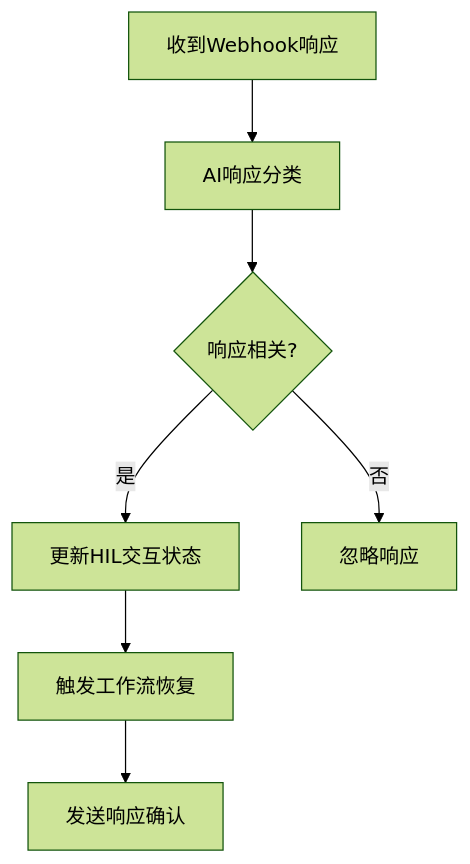
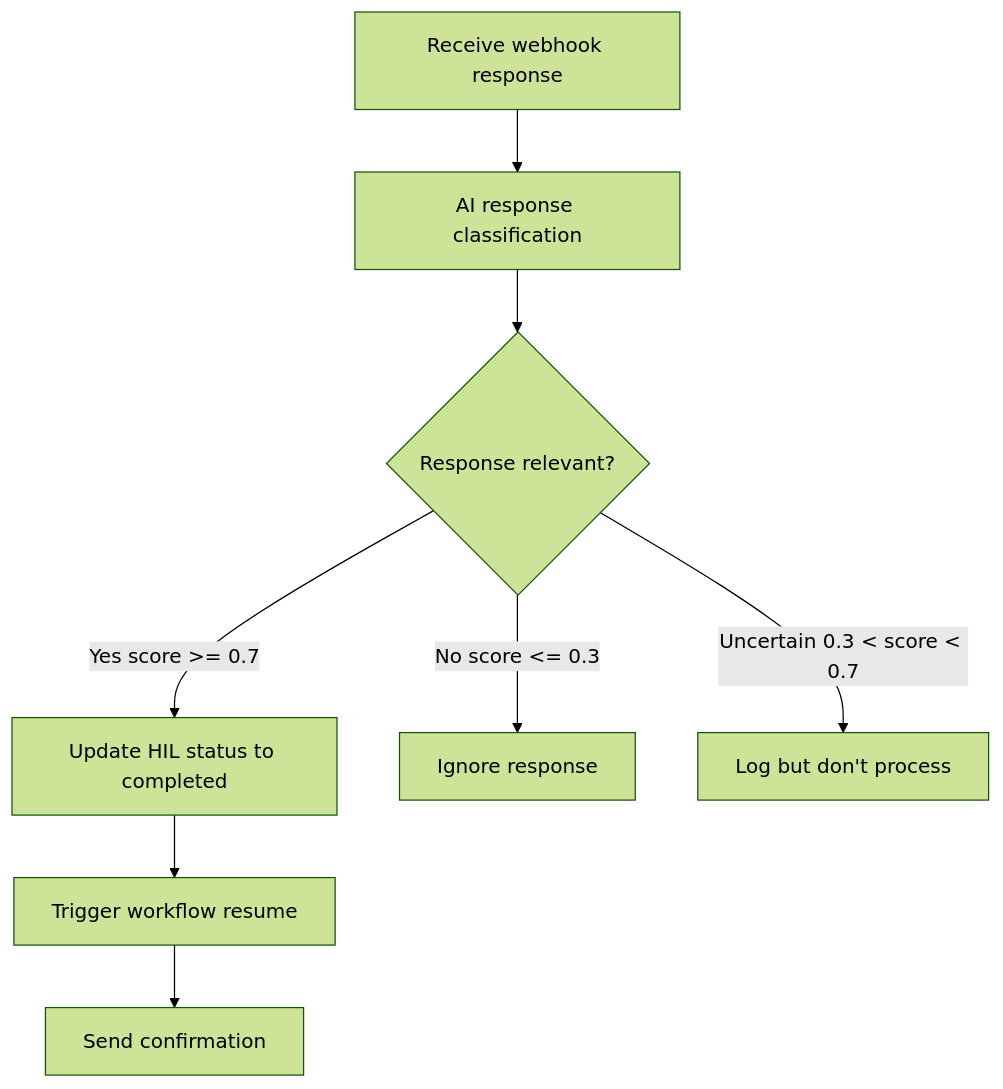
One commit to CurvatureX/agent_team_monorepo changed the third of 5 diagrams in docs/tech-design/new_workflow_spec.md. Above: the diagram before and after it, drawn with Mermaid (forest theme). The commit also changed other lines of this file and 22 other files, not shown here.

````diff
--- a/docs/tech-design/new_workflow_spec.md
+++ b/docs/tech-design/new_workflow_spec.md
@@ -994,9 +1272,10 @@
 ```mermaid
 graph TD
-    A[收到Webhook响应] --> B[AI响应分类]
-    B --> C{响应相关?}
-    C -->|是| D[更新HIL交互状态]
-    C -->|否| E[忽略响应]
-    D --> F[触发工作流恢复]
-    F --> G[发送响应确认]
+    A[Receive webhook response] --> B[AI response classification]
+    B --> C{Response relevant?}
+    C -->|Yes score >= 0.7| D[Update HIL status to completed]
+    C -->|No score <= 0.3| E[Ignore response]
+    C -->|Uncertain 0.3 < score < 0.7| F[Log but don't process]
+    D --> G[Trigger workflow resume]
+    G --> H[Send confirmation]
 ```
````
